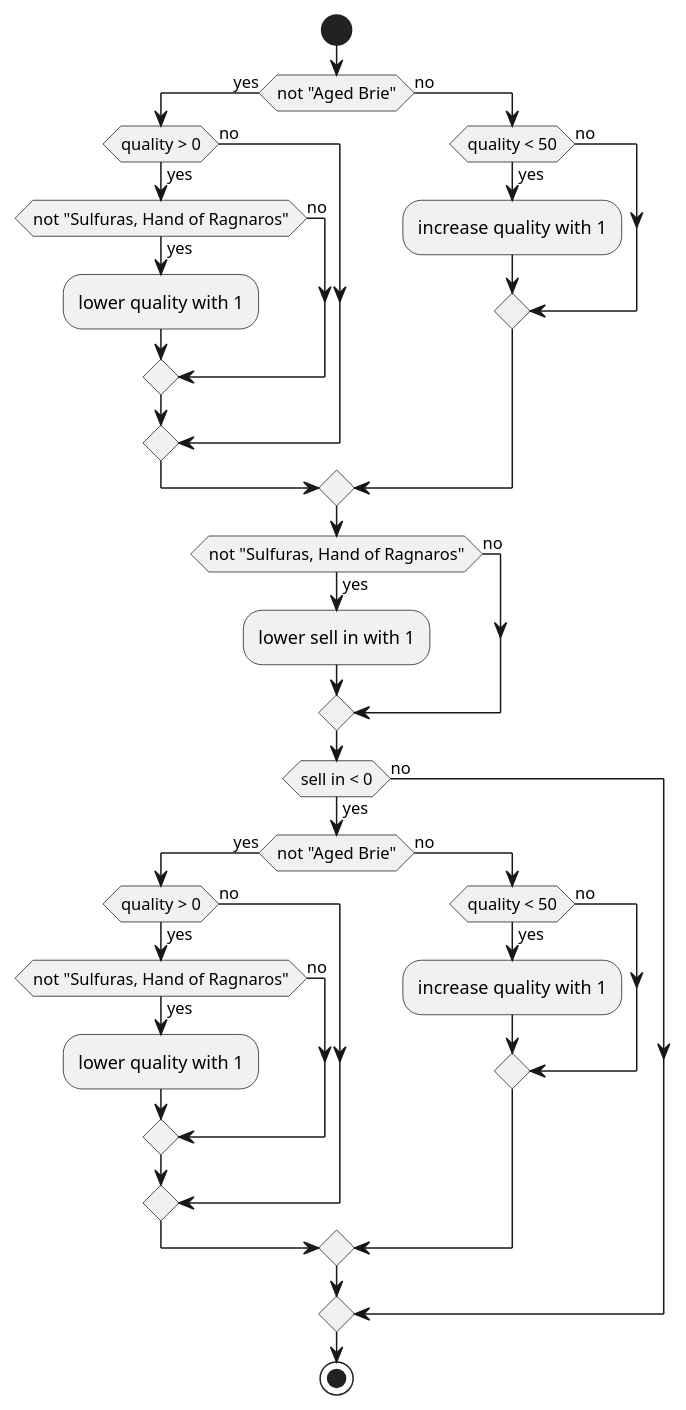
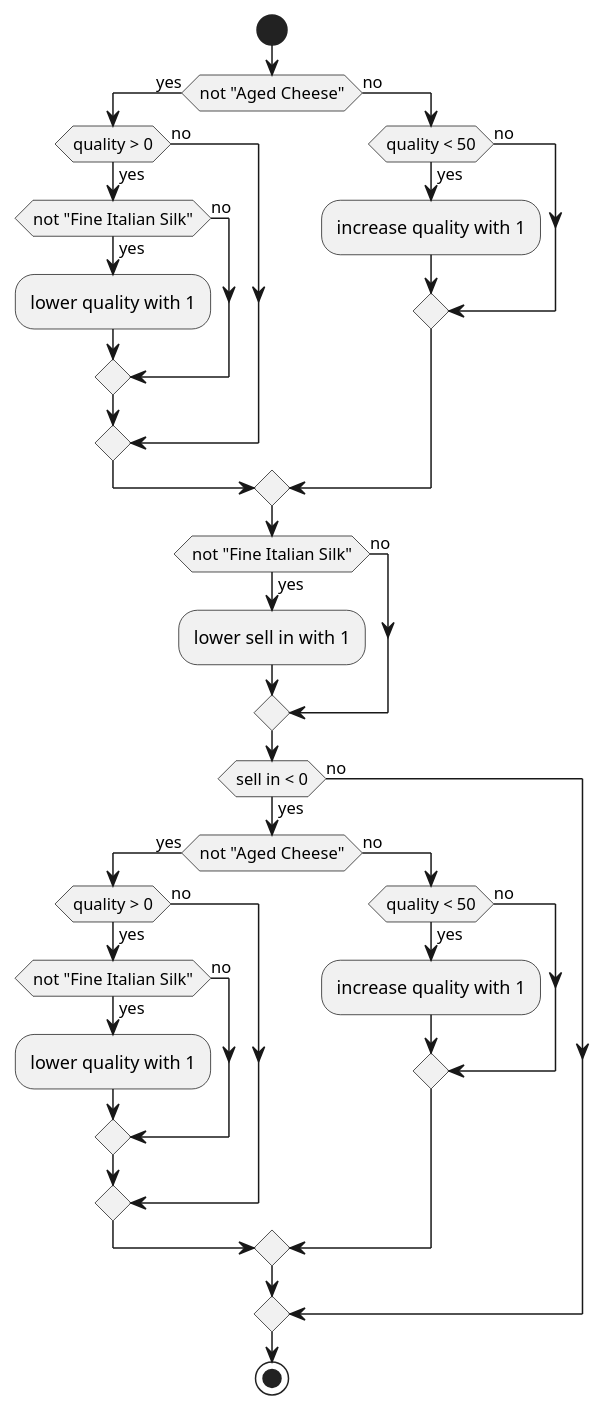
Before and after one commit to emilybache/GildedRose-Refactoring-Kata: the diagram in plantuml/history/06_sulfuras.puml, drawn with PlantUML. The commit also changed 119 other files, not shown here.

```diff
--- a/plantuml/history/06_sulfuras.puml
+++ b/plantuml/history/06_sulfuras.puml
@@ -1,47 +1,47 @@
 @startuml
 
 skinparam backgroundColor transparent
 
 start
 
-if (not "Aged Brie") then (yes)
+if (not "Aged Cheese") then (yes)
     if (quality > 0) then (yes)
-        if (not "Sulfuras, Hand of Ragnaros") then (yes)
+        if (not "Fine Italian Silk") then (yes)
             :lower quality with 1;
         else (no)
         endif
     else (no)
     endif
 else (no)
     if (quality < 50) then (yes)
         :increase quality with 1;
     else (no)
     endif
 endif
 
-if (not "Sulfuras, Hand of Ragnaros") then (yes)
+if (not "Fine Italian Silk") then (yes)
     :lower sell in with 1;
 else (no)
 endif
 
 if (sell in < 0) then (yes)
-    if (not "Aged Brie") then (yes)
+    if (not "Aged Cheese") then (yes)
         if (quality > 0) then (yes)
-            if (not "Sulfuras, Hand of Ragnaros") then (yes)
+            if (not "Fine Italian Silk") then (yes)
                 :lower quality with 1;
             else (no)
             endif
         else (no)
         endif
     else (no)
         if (quality < 50) then (yes)
             :increase quality with 1;
         else (no)
         endif
     endif
 else (no)
 endif
 
 stop
 
 @enduml
```
